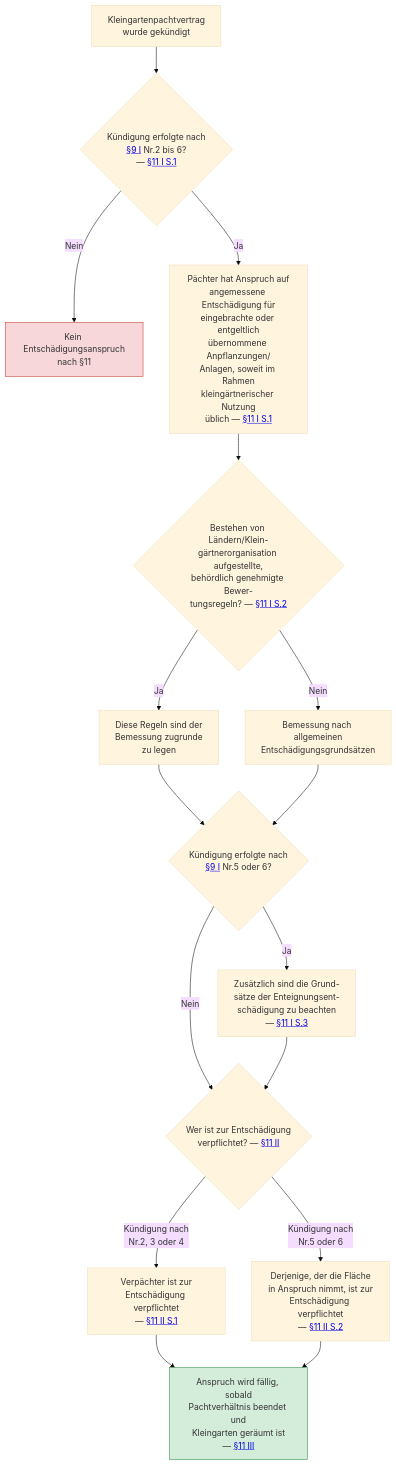
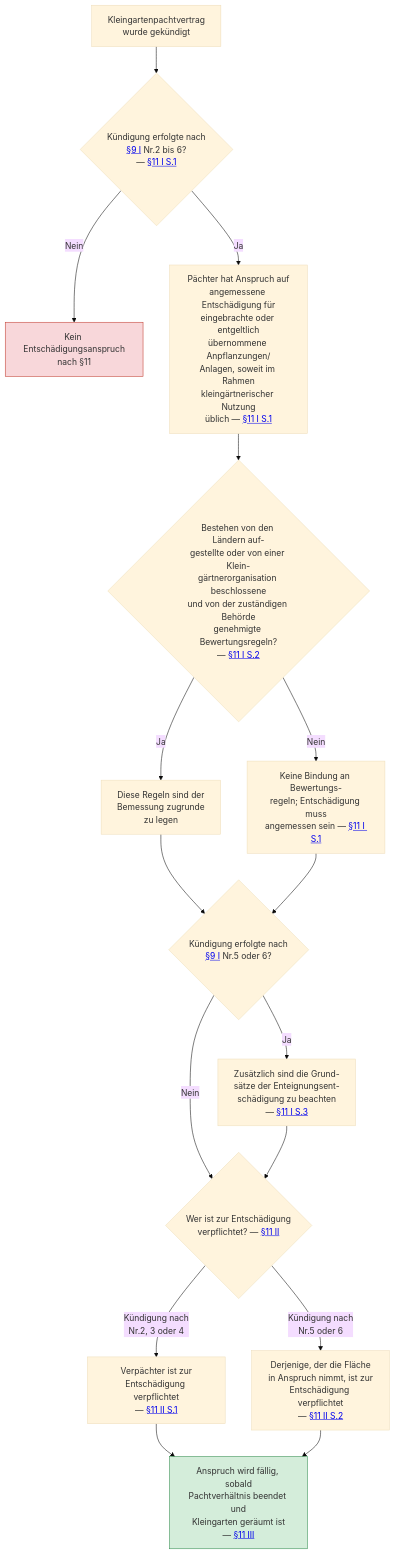
One commit to digitalservicebund/zfl-website changed the diagram in src/content/ki-visualisierungen/BKleingG/kuendigungsentschaedigung.mmd. Above: the diagram before and after it, drawn with Mermaid (base theme). The commit also changed 26 other files, not shown here.

```diff
--- a/src/content/ki-visualisierungen/BKleingG/kuendigungsentschaedigung.mmd
+++ b/src/content/ki-visualisierungen/BKleingG/kuendigungsentschaedigung.mmd
@@ -1,28 +1,28 @@
 ---
 summary: "Zeigt, wann dem Pächter nach Kündigung des Kleingartenpachtvertrags ein Entschädigungsanspruch für eingebrachte Anpflanzungen und Anlagen nach §11 BKleingG zusteht und wer zur Zahlung dieser Entschädigung verpflichtet ist."
 ---
 flowchart TD
     A["Kleingartenpachtvertrag<br/>wurde gekündigt"] --> Q1{"Kündigung erfolgte nach<br/><a href='{{ELI}}#art-z9_abs-z1' target='_blank' rel='noopener'>§9 I</a> Nr.2 bis 6?<br/>— <a href='{{ELI}}#art-z11_abs-z1' target='_blank' rel='noopener'>§11 I S.1</a>"}
 
     Q1 -->|Nein| Z1["Kein Entschädigungsanspruch<br/>nach §11"]
     Q1 -->|Ja| B1["Pächter hat Anspruch auf<br/>angemessene Entschädigung für<br/>eingebrachte oder entgeltlich<br/>übernommene Anpflanzungen/<br/>Anlagen, soweit im Rahmen<br/>kleingärtnerischer Nutzung<br/>üblich — <a href='{{ELI}}#art-z11_abs-z1' target='_blank' rel='noopener'>§11 I S.1</a>"]
 
-    B1 --> Q2{"Bestehen von Ländern/Klein-<br/>gärtnerorganisation aufgestellte,<br/>behördlich genehmigte Bewer-<br/>tungsregeln? — <a href='{{ELI}}#art-z11_abs-z1' target='_blank' rel='noopener'>§11 I S.2</a>"}
+    B1 --> Q2{"Bestehen von den Ländern auf-<br/>gestellte oder von einer Klein-<br/>gärtnerorganisation beschlossene<br/>und von der zuständigen Behörde<br/>genehmigte Bewertungsregeln?<br/>— <a href='{{ELI}}#art-z11_abs-z1' target='_blank' rel='noopener'>§11 I S.2</a>"}
     Q2 -->|Ja| B2["Diese Regeln sind der<br/>Bemessung zugrunde<br/>zu legen"]
-    Q2 -->|Nein| B3["Bemessung nach allgemeinen<br/>Entschädigungsgrundsätzen"]
+    Q2 -->|Nein| B3["Keine Bindung an Bewertungs-<br/>regeln; Entschädigung muss<br/>angemessen sein — <a href='{{ELI}}#art-z11_abs-z1' target='_blank' rel='noopener'>§11 I S.1</a>"]
 
     B2 --> Q3{"Kündigung erfolgte nach<br/><a href='{{ELI}}#art-z9_abs-z1' target='_blank' rel='noopener'>§9 I</a> Nr.5 oder 6?"}
     B3 --> Q3
 
     Q3 -->|Ja| B4["Zusätzlich sind die Grund-<br/>sätze der Enteignungsent-<br/>schädigung zu beachten<br/>— <a href='{{ELI}}#art-z11_abs-z1' target='_blank' rel='noopener'>§11 I S.3</a>"]
     Q3 -->|Nein| Q4{"Wer ist zur Entschädigung<br/>verpflichtet? — <a href='{{ELI}}#art-z11_abs-z2' target='_blank' rel='noopener'>§11 II</a>"}
     B4 --> Q4
 
     Q4 -->|"Kündigung nach<br/>Nr.2, 3 oder 4"| Z2["Verpächter ist zur<br/>Entschädigung verpflichtet<br/>— <a href='{{ELI}}#art-z11_abs-z2' target='_blank' rel='noopener'>§11 II S.1</a>"]
     Q4 -->|"Kündigung nach<br/>Nr.5 oder 6"| Z3["Derjenige, der die Fläche<br/>in Anspruch nimmt, ist zur<br/>Entschädigung verpflichtet<br/>— <a href='{{ELI}}#art-z11_abs-z2' target='_blank' rel='noopener'>§11 II S.2</a>"]
 
     Z2 --> F["Anspruch wird fällig, sobald<br/>Pachtverhältnis beendet und<br/>Kleingarten geräumt ist<br/>— <a href='{{ELI}}#art-z11_abs-z3' target='_blank' rel='noopener'>§11 III</a>"]
     Z3 --> F
 
     style Z1 fill:#f8d7da,stroke:#c0392b
     style F fill:#d4edda,stroke:#2d8a4a
```
